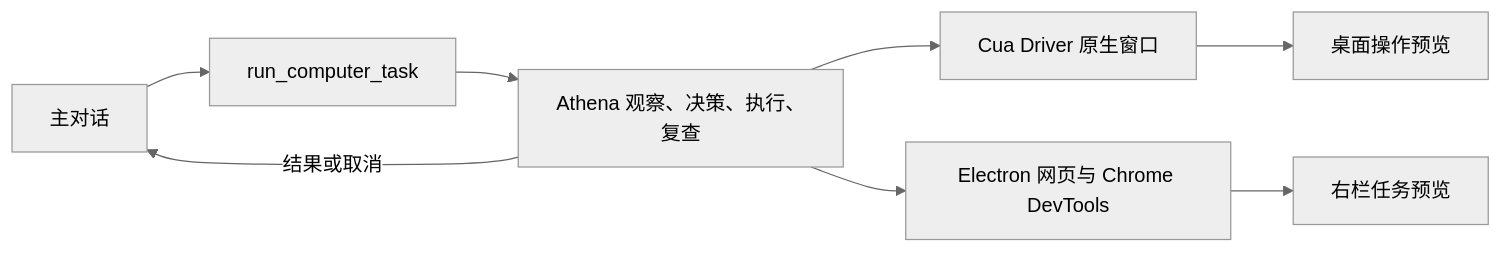
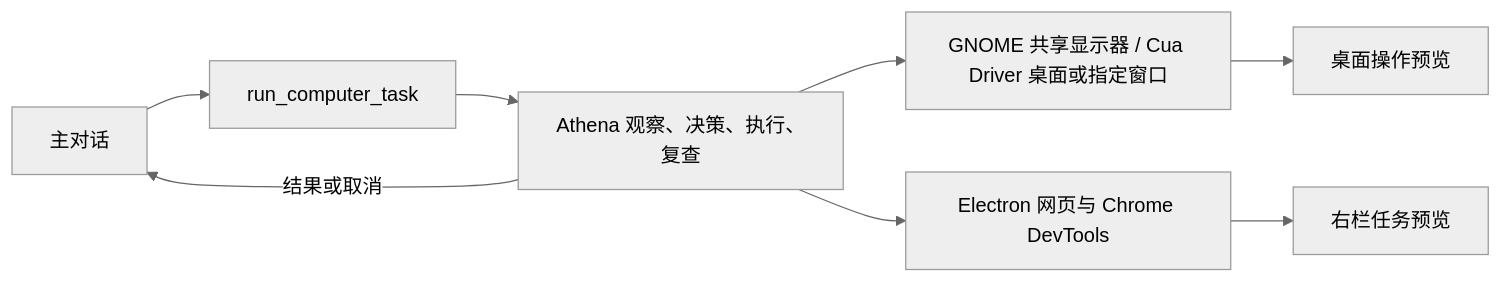
The diagram in Docs/ComputerUse_Prototype_CN.md (mehaifeng/AthenaAgent), drawn with Mermaid (neutral theme) before and after one commit. The commit also changed other lines of this file and 31 other files, not shown here.

````diff
--- a/Docs/ComputerUse_Prototype_CN.md
+++ b/Docs/ComputerUse_Prototype_CN.md
@@ -13,10 +13,10 @@
 ```mermaid
 flowchart LR
     Chat["主对话"] --> Tool["run_computer_task"]
     Tool --> Loop["Athena 观察、决策、执行、复查"]
-    Loop --> Desktop["Cua Driver 原生窗口"]
+    Loop --> Desktop["GNOME 共享显示器 / Cua Driver 桌面或指定窗口"]
     Loop --> Browser["Electron 网页与 Chrome DevTools"]
     Desktop --> NativePreview["桌面操作预览"]
     Browser --> TaskPreview["右栏任务预览"]
     Loop -->|结果或取消| Chat
 ```
````
